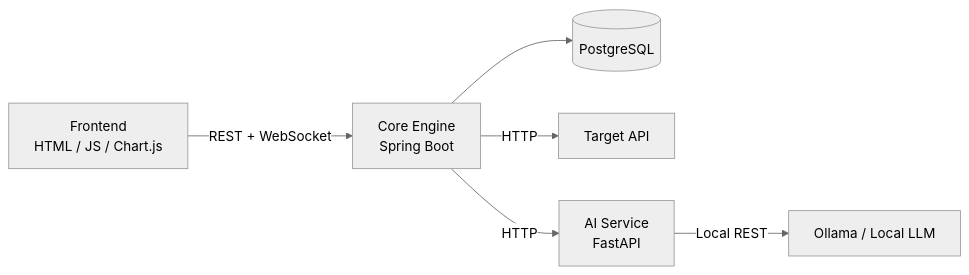
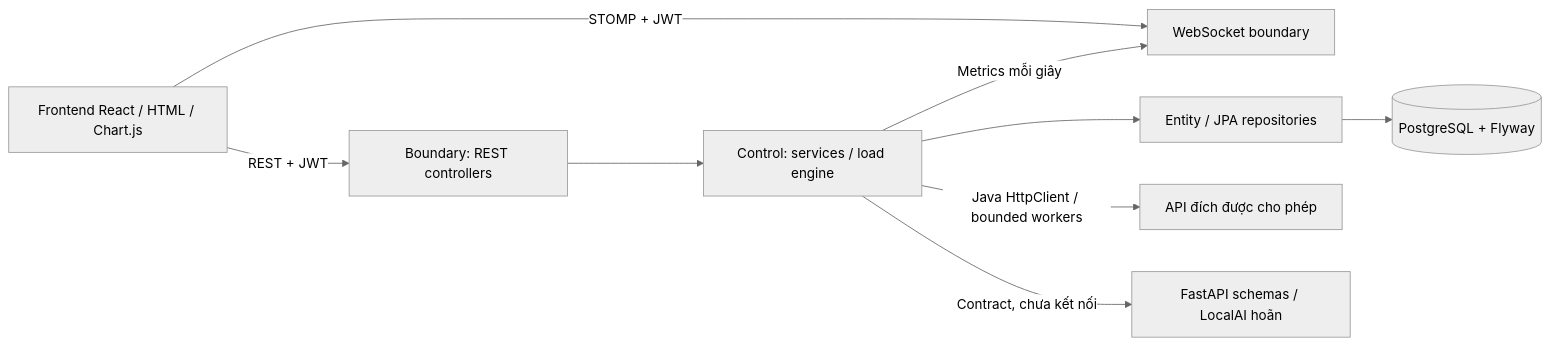
The diagram in README.md (Baronphviet/Loadsense), drawn with Mermaid (neutral theme) before and after one commit. The commit also changed other lines of this file and 72 other files, not shown here.

Commit message:
feat: implement LoadSense core workflows and document use case progress

````diff
--- a/README.md
+++ b/README.md
@@ -35,8 +253,11 @@
 ```mermaid
 flowchart LR
-  UI[Frontend\nHTML / JS / Chart.js] -->|REST + WebSocket| Core[Core Engine\nSpring Boot]
-  Core --> DB[(PostgreSQL)]
-  Core -->|HTTP| Target[Target API]
-  Core -->|HTTP| AI[AI Service\nFastAPI]
-  AI -->|Local REST| Ollama[Ollama / Local LLM]
+  UI[Frontend React / HTML / Chart.js] -->|REST + JWT| Boundary[Boundary: REST controllers]
+  UI -->|STOMP + JWT| WS[WebSocket boundary]
+  Boundary --> Control[Control: services / load engine]
+  Control --> Entity[Entity / JPA repositories]
+  Entity --> DB[(PostgreSQL + Flyway)]
+  Control -->|Java HttpClient / bounded workers| Target[API đích được cho phép]
+  Control -->|Contract, chưa kết nối| AI[FastAPI schemas / LocalAI hoãn]
+  Control -->|Metrics mỗi giây| WS
 ```
````
